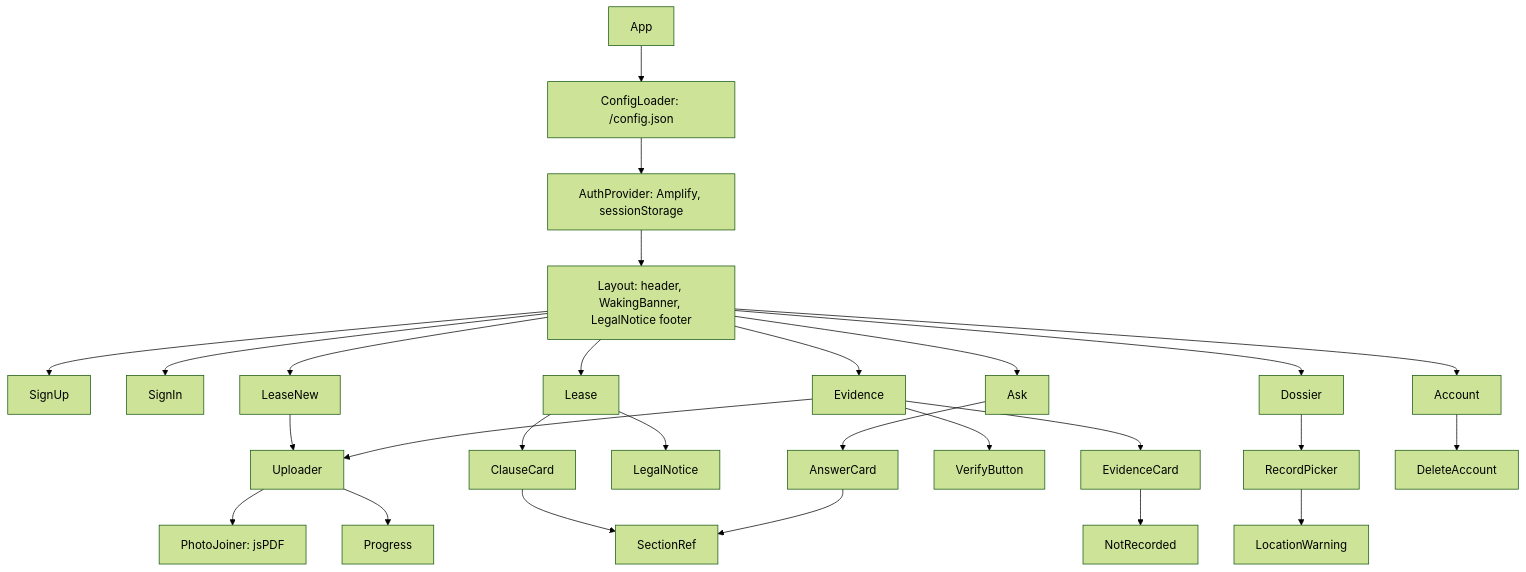
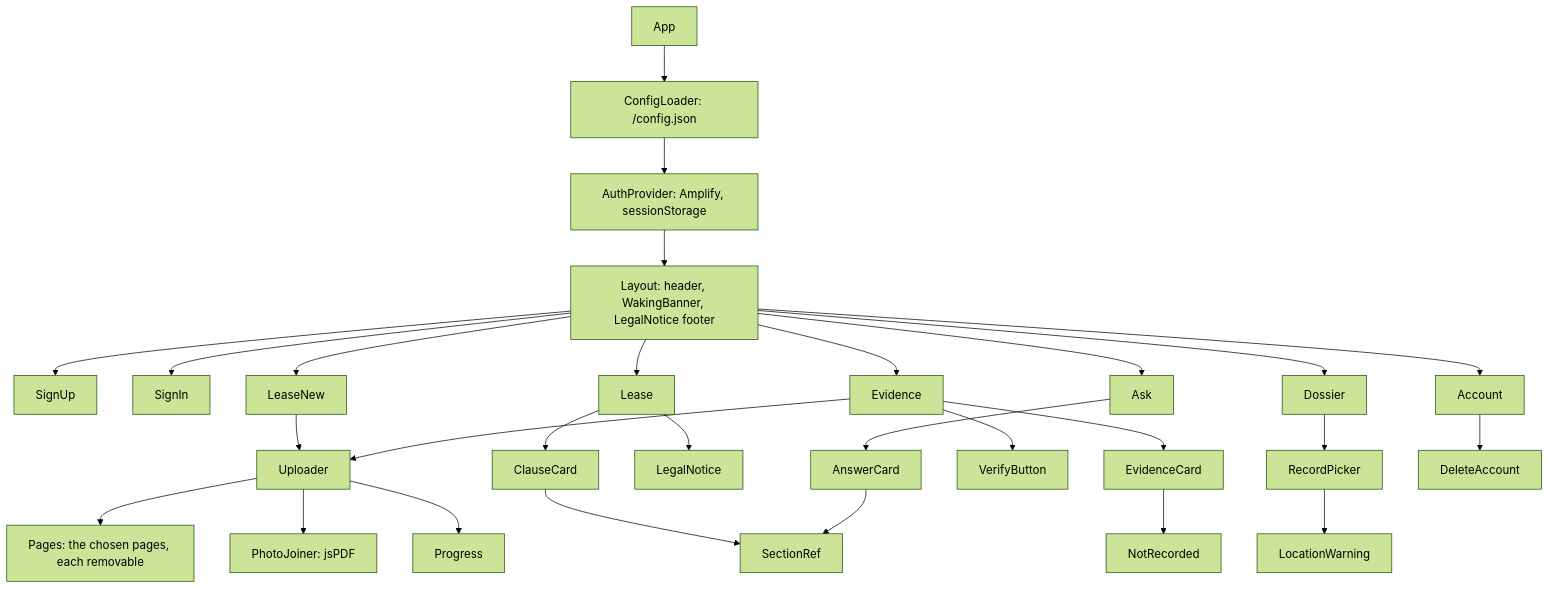
The fourth of 4 diagrams in docs/design/web.md (Katlego-tech/Tokelo), drawn with Mermaid (forest theme) before and after one commit. The commit also changed other lines of this file and 12 other files, not shown here.

````diff
--- a/docs/design/web.md
+++ b/docs/design/web.md
@@ -197,17 +197,18 @@
 ```mermaid
 flowchart TD
     App --> Config[ConfigLoader: /config.json] --> Auth[AuthProvider: Amplify, sessionStorage]
     Auth --> Layout[Layout: header, WakingBanner, LegalNotice footer]
     Layout --> SignUp & SignIn & LeaseNew & Lease & Evidence & Dossier & Ask & Account
     LeaseNew --> Uploader
     Evidence --> Uploader
+    Uploader --> Pages[Pages: the chosen pages, each removable]
     Uploader --> PhotoJoiner[PhotoJoiner: jsPDF]
     Uploader --> Progress
     Lease --> ClauseCard --> SectionRef
     Lease --> LegalNotice
     Evidence --> EvidenceCard --> NotRecorded
     Evidence --> VerifyButton
     Dossier --> RecordPicker --> LocationWarning
     Ask --> AnswerCard --> SectionRef
     Account --> DeleteAccount
 ```
````
